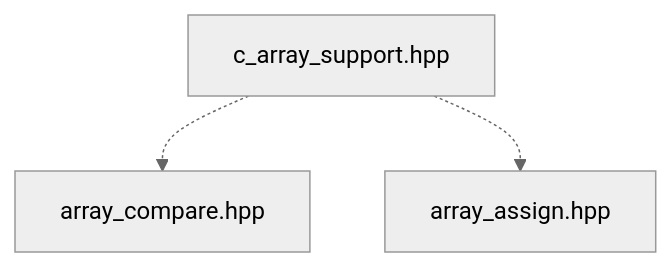
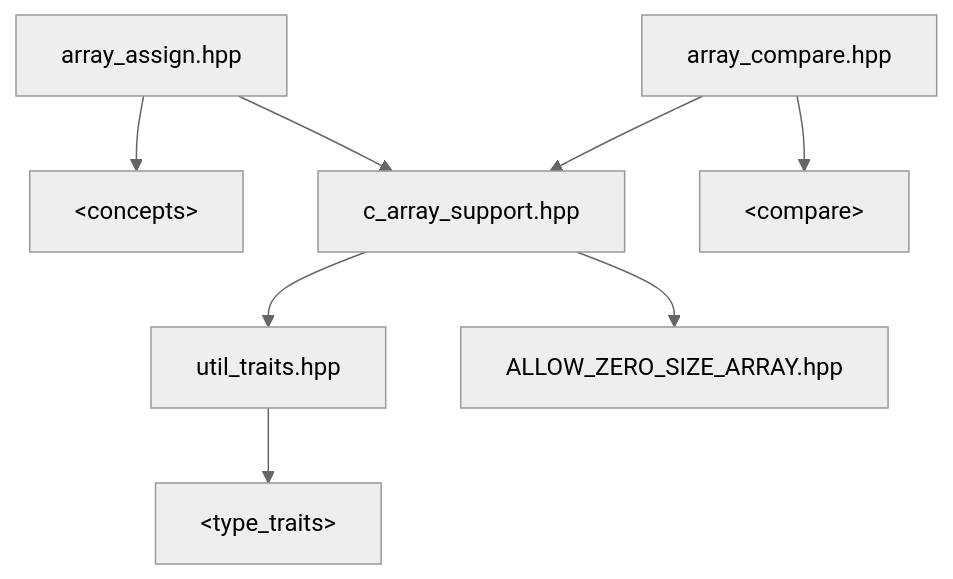
One commit to lemuriad/c_array_support changed the diagram in readme.md. Above: the diagram before and after it, drawn with Mermaid (neutral theme). The commit also changed other lines of this file and 2 other files, not shown here.

Commit message:
Remove assign(l,r) 2-arg function form
Specializing assign_to for other types means also specializing
assign(l,r) for those types - this is onerus and unneccessary.
The 2-arg syntax seemed appealing, safe and familiar, but all
it does is delegate to assign(l)=r and the cost is high.

````diff
--- a/readme.md
+++ b/readme.md
@@ -49,6 +53,11 @@
 ```mermaid
-  graph TD;
-      c_array_support.hpp -.-> array_compare.hpp;
-      c_array_support.hpp -.-> array_assign.hpp;
+  flowchart TD;
+    array_assign.hpp --> con["#lt;concepts#gt;"]
+    array_assign.hpp --> c_array_support.hpp
+    array_compare.hpp --> compare["#lt;compare#gt;"]
+    array_compare.hpp --> c_array_support.hpp
+    c_array_support.hpp --> util_traits.hpp
+    c_array_support.hpp --> ALLOW_ZERO_SIZE_ARRAY.hpp
+    util_traits.hpp --> type_traitsstd["#lt;type_traits#gt;"]
 
 ```
````
